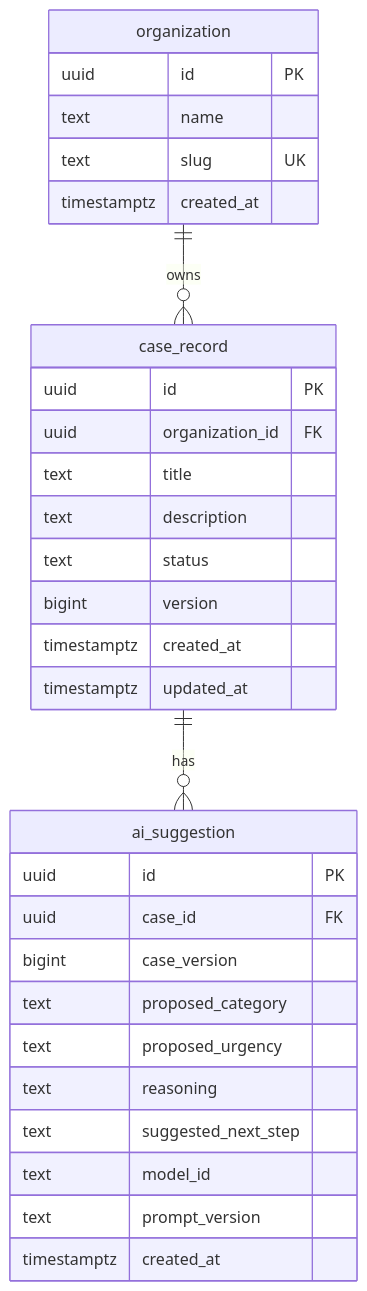
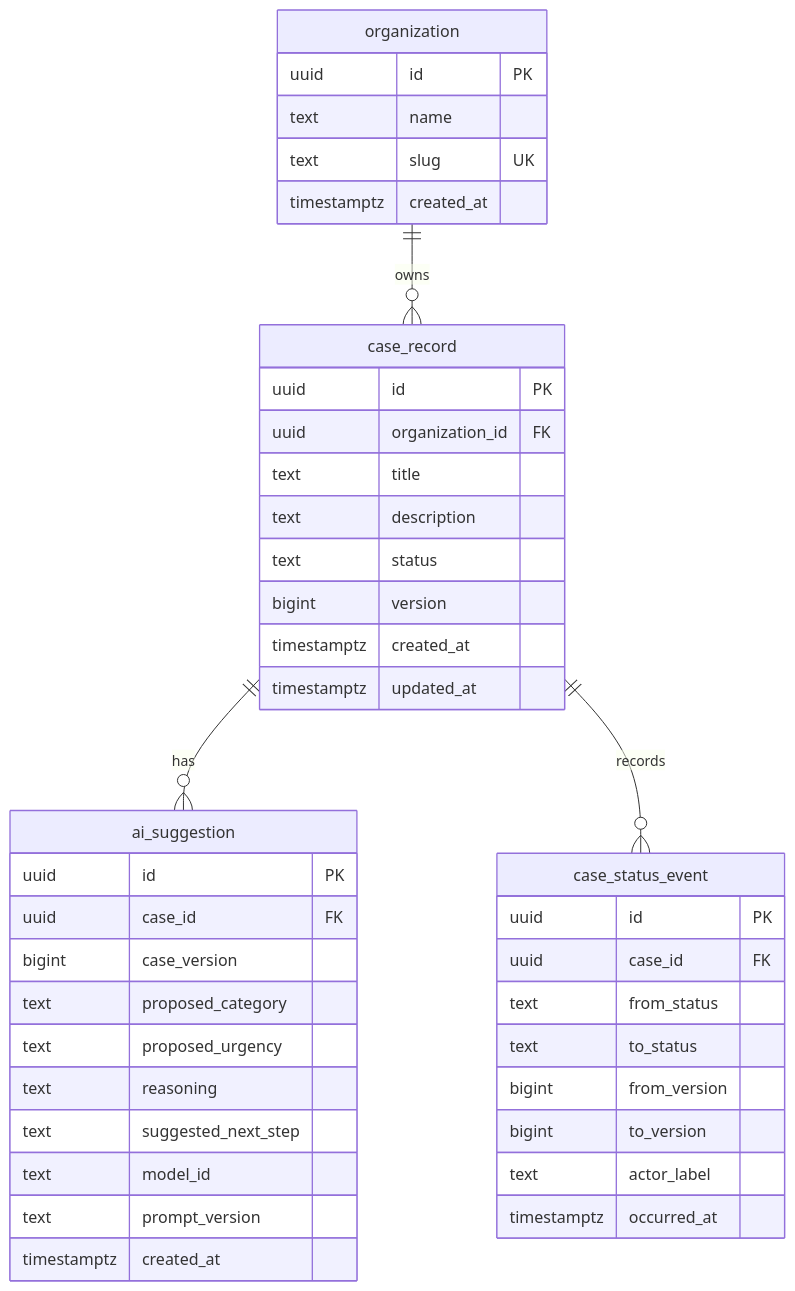
Before and after one commit to asadhanif3188/Enterprise-AI-Service-Operations: the first of 2 diagrams in docs/data-model.md, drawn with Mermaid. The commit also changed other lines of this file, not shown here.

First line of the commit message:
docs: align data model with case status-transition history

````diff
--- a/docs/data-model.md
+++ b/docs/data-model.md
@@ -20,36 +21,48 @@
 ```mermaid
 erDiagram
     organization ||--o{ case_record : owns
     case_record ||--o{ ai_suggestion : has
+    case_record ||--o{ case_status_event : records
 
     organization {
         uuid id PK
         text name
         text slug UK
         timestamptz created_at
     }
 
     case_record {
         uuid id PK
         uuid organization_id FK
         text title
         text description
         text status
         bigint version
         timestamptz created_at
         timestamptz updated_at
     }
 
     ai_suggestion {
         uuid id PK
         uuid case_id FK
         bigint case_version
         text proposed_category
         text proposed_urgency
         text reasoning
         text suggested_next_step
         text model_id
         text prompt_version
         timestamptz created_at
     }
+
+    case_status_event {
+        uuid id PK
+        uuid case_id FK
+        text from_status
+        text to_status
+        bigint from_version
+        bigint to_version
+        text actor_label
+        timestamptz occurred_at
+    }
 ```
````
